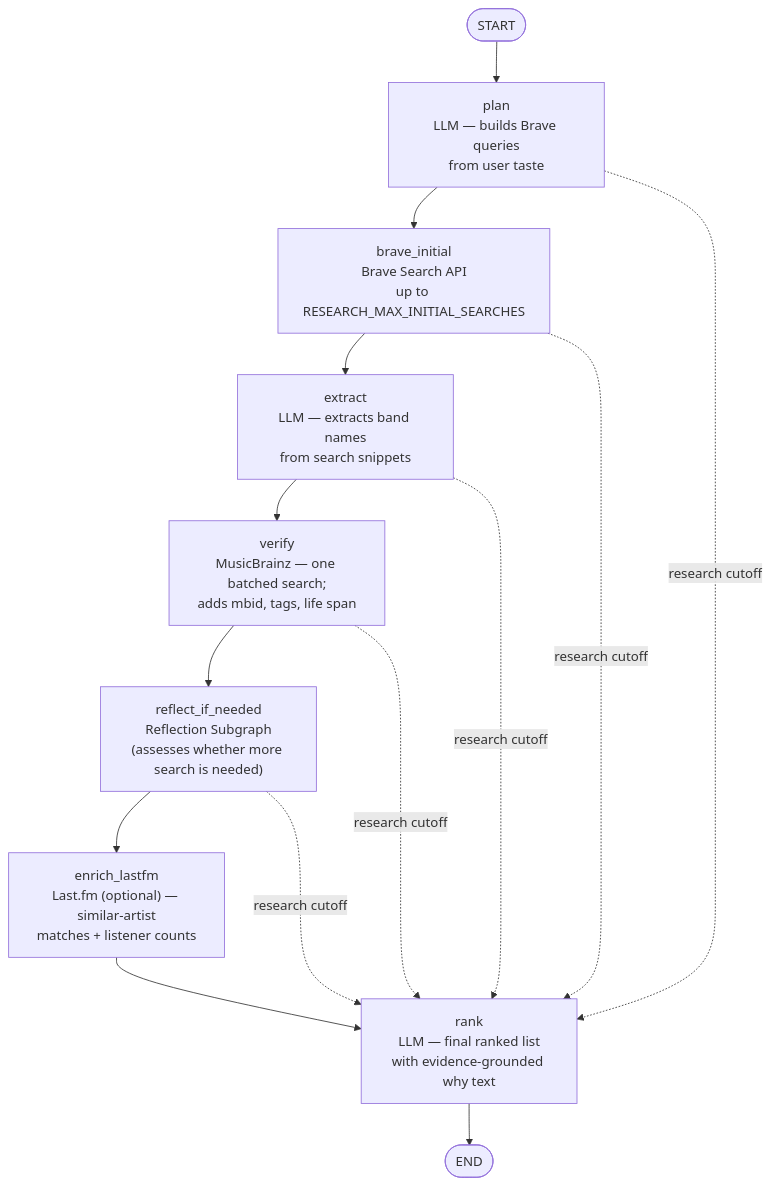
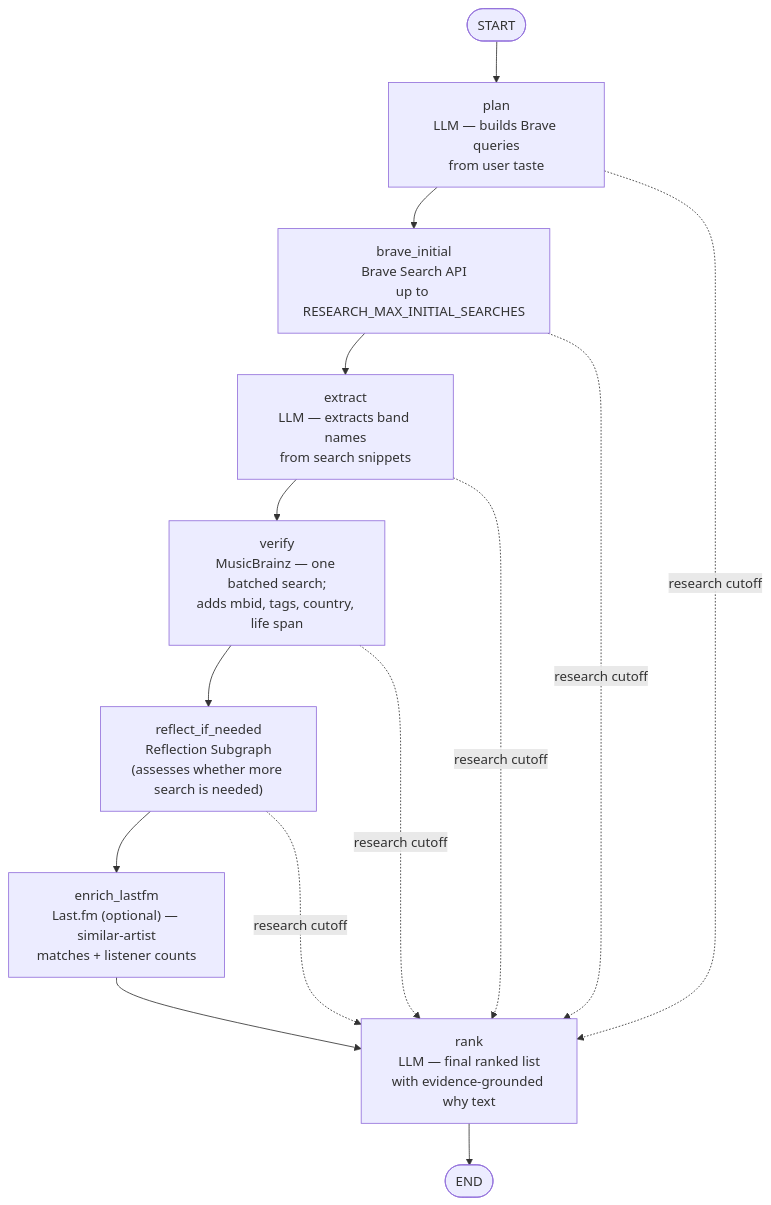
Before and after one commit to eikrad/bandsearch-app: the third of 6 diagrams in docs/architecture/ARCHITECTURE.md, drawn with Mermaid. The commit also changed other lines of this file and 8 other files, not shown here.

````diff
--- a/docs/architecture/ARCHITECTURE.md
+++ b/docs/architecture/ARCHITECTURE.md
@@ -173,16 +173,16 @@
 ```mermaid
 flowchart TD
     START(["START"]) --> plan["plan\nLLM — builds Brave queries\nfrom user taste"]
     plan --> brave_initial["brave_initial\nBrave Search API\nup to RESEARCH_MAX_INITIAL_SEARCHES"]
     brave_initial --> extract["extract\nLLM — extracts band names\nfrom search snippets"]
-    extract --> verify["verify\nMusicBrainz — one batched search;\nadds mbid, tags, life span"]
+    extract --> verify["verify\nMusicBrainz — one batched search;\nadds mbid, tags, country, life span"]
     verify --> reflect_if_needed["reflect_if_needed\nReflection Subgraph\n(assesses whether more search is needed)"]
     reflect_if_needed --> enrich_lastfm["enrich_lastfm\nLast.fm (optional) — similar-artist\nmatches + listener counts"]
     enrich_lastfm --> rank["rank\nLLM — final ranked list\nwith evidence-grounded why text"]
     rank --> END(["END"])
     plan -. research cutoff .-> rank
     brave_initial -. research cutoff .-> rank
     extract -. research cutoff .-> rank
     verify -. research cutoff .-> rank
     reflect_if_needed -. research cutoff .-> rank
 ```
````
